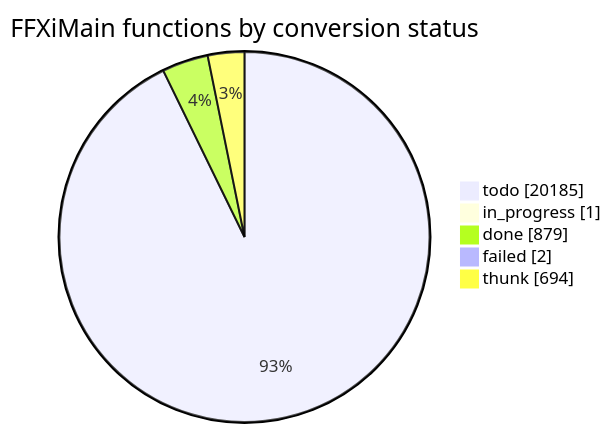
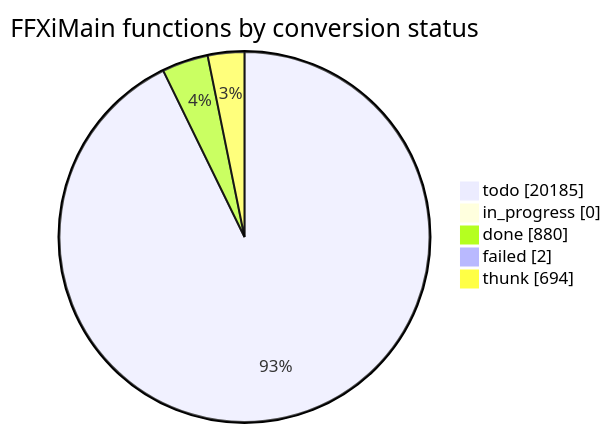
Before and after one commit to cowrevenge/cow_kuluu_xi_anything: the diagram in docs/cow/STATUS.md, drawn with Mermaid. The commit also changed other lines of this file and 9 other files, not shown here.

````diff
--- a/docs/cow/STATUS.md
+++ b/docs/cow/STATUS.md
@@ -18,9 +18,9 @@
 ```mermaid
 pie showData
     title FFXiMain functions by conversion status
     "todo" : 20185
-    "in_progress" : 1
-    "done" : 879
+    "in_progress" : 0
+    "done" : 880
     "failed" : 2
     "thunk" : 694
 ```
````
